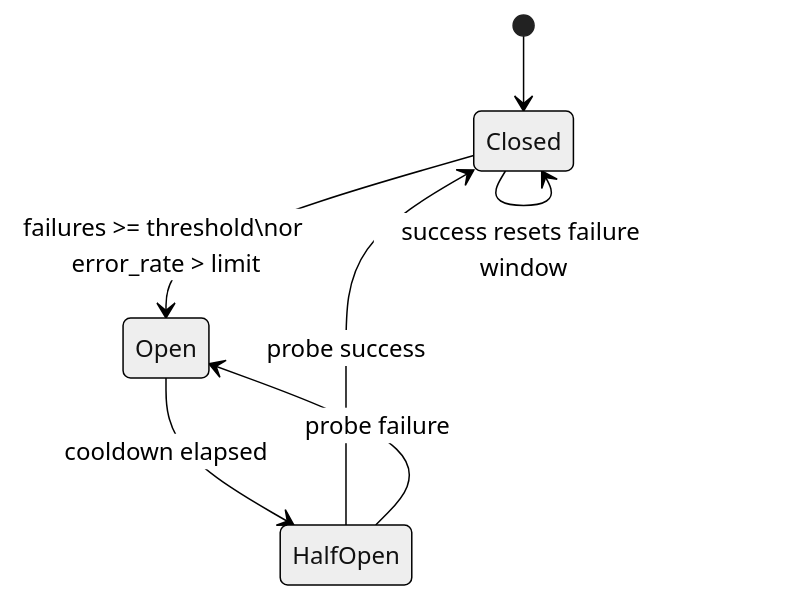
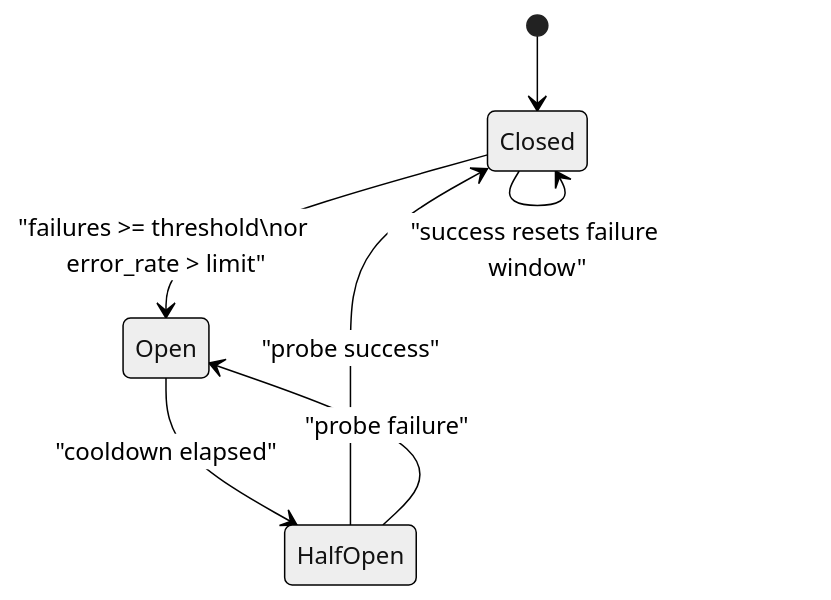
The third of 3 diagrams in docs/genai_ml_system_design/llm_gateway.md (spawn08/system-design-interview), drawn with Mermaid (neutral theme) before and after one commit. The commit also changed 1740 other files, not shown here.

First line of the commit message:
Add new Mermaid diagrams for consensus algorithms and data consistency models

````diff
--- a/docs/genai_ml_system_design/llm_gateway.md
+++ b/docs/genai_ml_system_design/llm_gateway.md
@@ -801,9 +801,9 @@
 ```mermaid
 stateDiagram-v2
     [*] --> Closed
-    Closed --> Open : failures >= threshold\nor error_rate > limit
-    Open --> HalfOpen : cooldown elapsed
-    HalfOpen --> Closed : probe success
-    HalfOpen --> Open : probe failure
-    Closed --> Closed : success resets failure window
+    Closed --> Open : "failures >= threshold\nor error_rate > limit"
+    Open --> HalfOpen : "cooldown elapsed"
+    HalfOpen --> Closed : "probe success"
+    HalfOpen --> Open : "probe failure"
+    Closed --> Closed : "success resets failure window"
 ```
````
